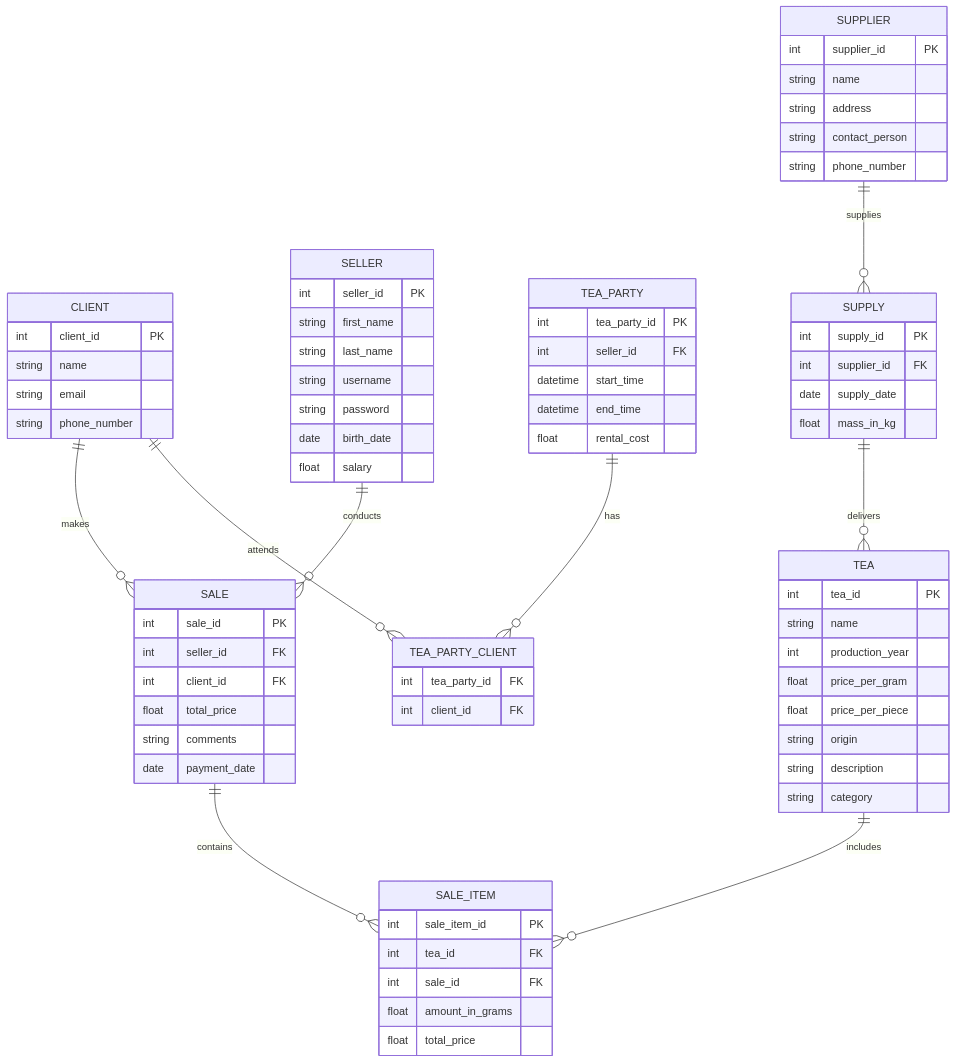
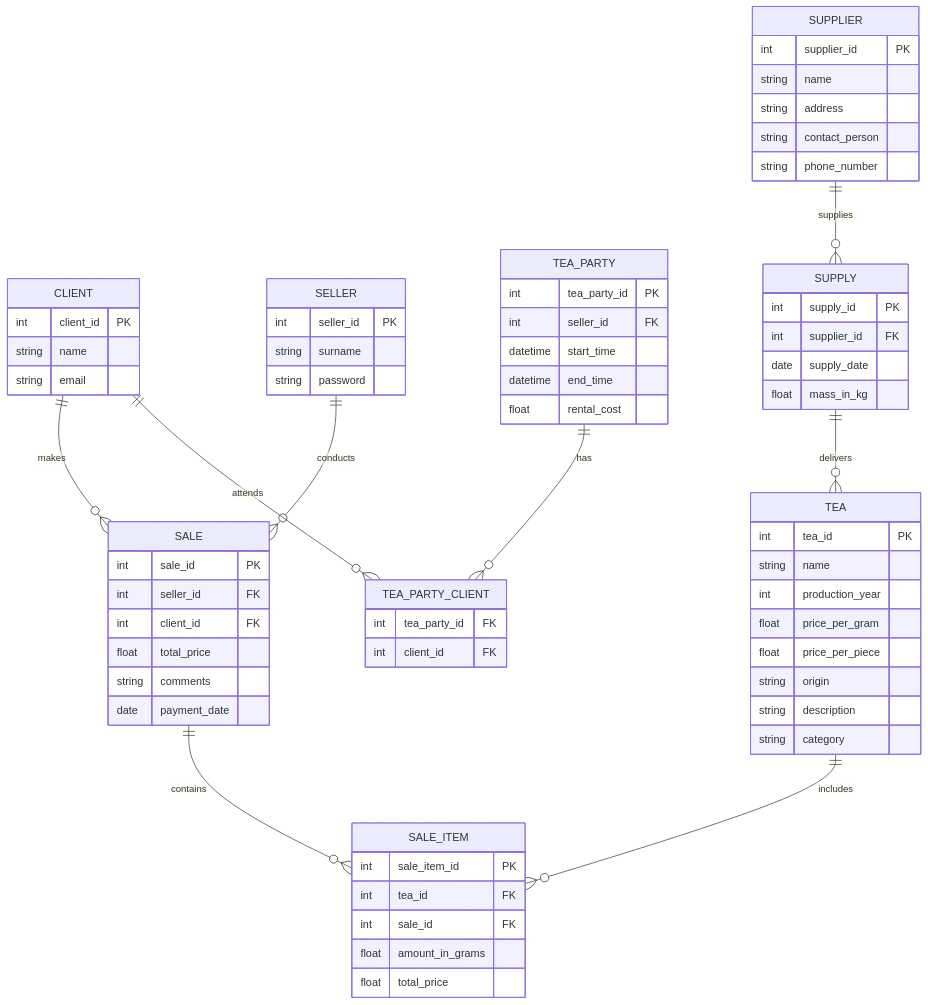
The diagram in docs/technical-requirements.md (roman-kutimskii/tea-market), drawn with Mermaid before and after one commit.

Commit message:
Обновить ER-диаграмму

```diff
--- a/docs/technical-requirements.md
+++ b/docs/technical-requirements.md
@@ -160,7 +160,6 @@
         int client_id PK
         string name
         string email
-        string phone_number
     }
     
     SALE {
@@ -185,12 +184,8 @@
     
     SELLER {
         int seller_id PK
-        string first_name
-        string last_name
-        string username
+        string surname
         string password
-        date birth_date
-        float salary
     }
     
     TEA_PARTY {
```
